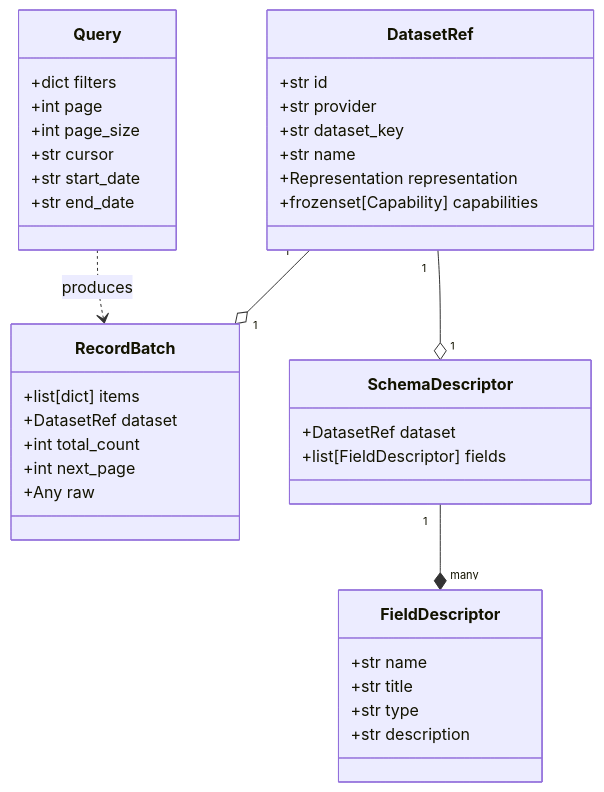
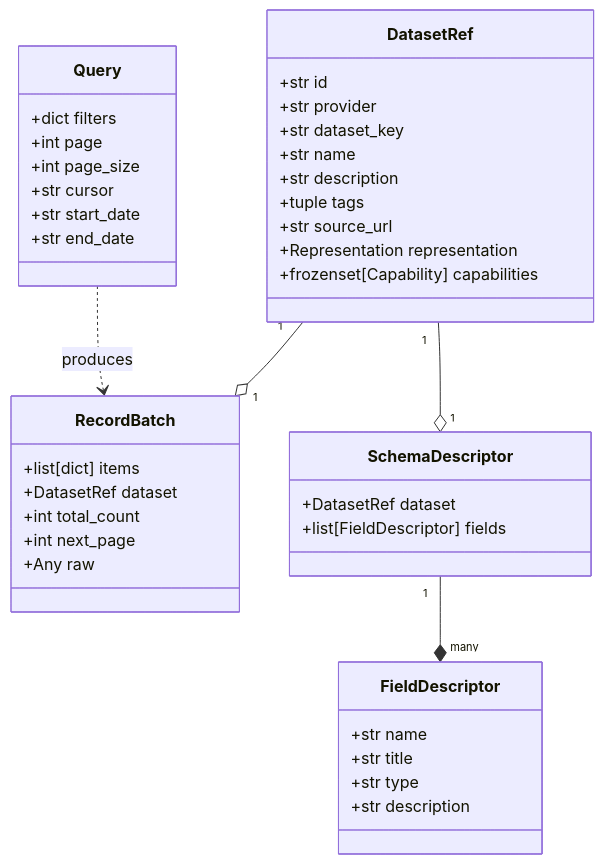
Before and after one commit to yeongseon/kpubdata: the first of 3 diagrams in CANONICAL_MODEL.md, drawn with Mermaid. The commit also changed other lines of this file and 15 other files, not shown here.

First line of the commit message:
feat: dataset metadata enrichment (description, tags, source_url) #55 (#183)

````diff
--- a/CANONICAL_MODEL.md
+++ b/CANONICAL_MODEL.md
@@ -19,41 +19,44 @@
 ```mermaid
 classDiagram
     class DatasetRef {
         +str id
         +str provider
         +str dataset_key
         +str name
+        +str description
+        +tuple tags
+        +str source_url
         +Representation representation
         +frozenset[Capability] capabilities
     }
     class Query {
         +dict filters
         +int page
         +int page_size
         +str cursor
         +str start_date
         +str end_date
     }
     class RecordBatch {
         +list[dict] items
         +DatasetRef dataset
         +int total_count
         +int next_page
         +Any raw
     }
     class SchemaDescriptor {
         +DatasetRef dataset
         +list[FieldDescriptor] fields
     }
     class FieldDescriptor {
         +str name
         +str title
         +str type
         +str description
     }
 
     DatasetRef "1" --o "1" RecordBatch
     DatasetRef "1" --o "1" SchemaDescriptor
     SchemaDescriptor "1" --* "many" FieldDescriptor
     Query ..> RecordBatch : produces
 ```
````
